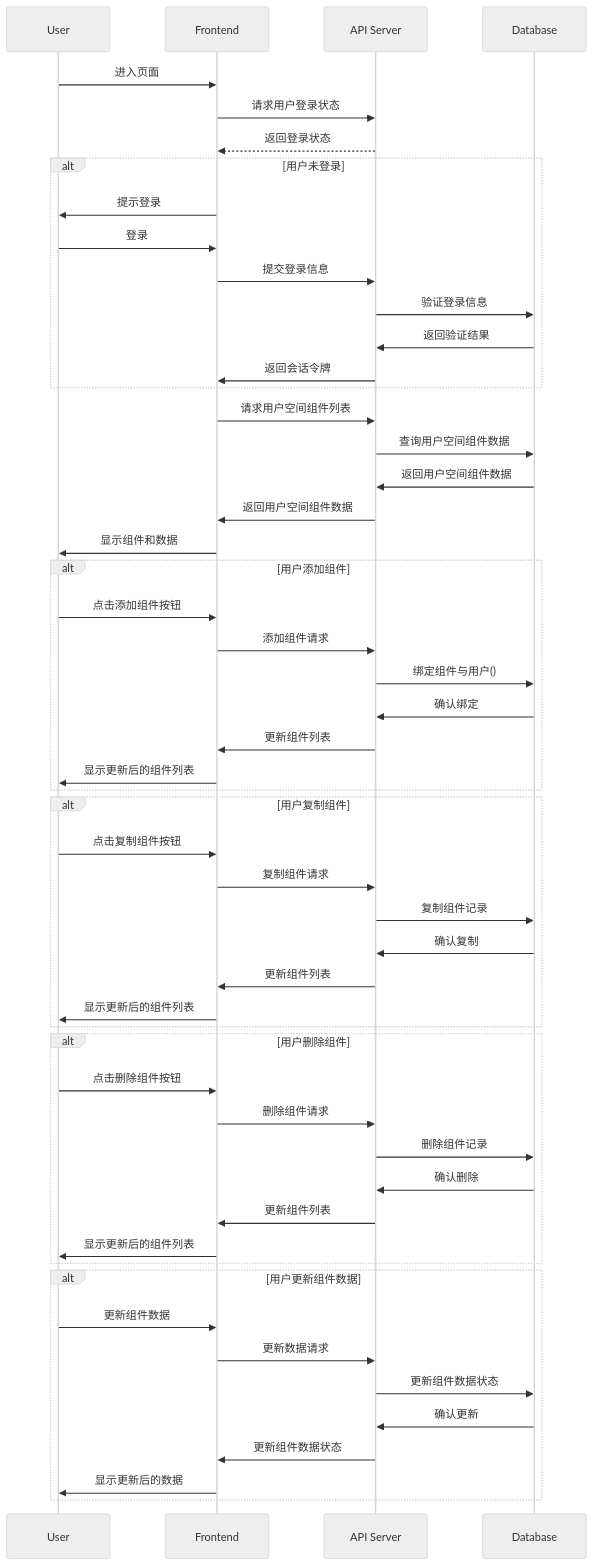
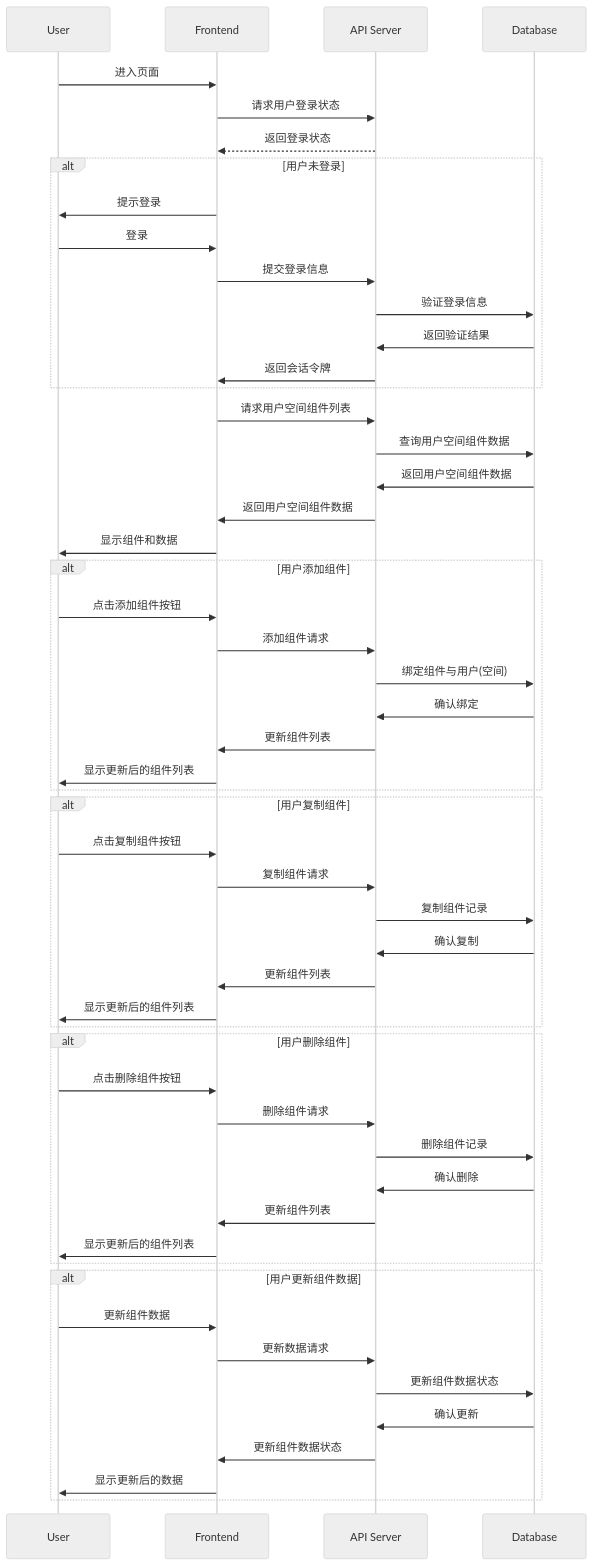
Before and after one commit to yingjianzh/iodraw-files: the diagram in all/未命名-7.md, drawn with Mermaid (neutral theme).

Commit message:
2024-10-09 10:22:15 update

````diff
--- a/all/未命名-7.md
+++ b/all/未命名-7.md
@@ -1,62 +1,62 @@
 ```mermaid
 sequenceDiagram
     participant User
     participant Frontend
     participant API Server
     participant Database
 
     User->>Frontend: 进入页面
     Frontend->>API Server: 请求用户登录状态
     API Server-->>Frontend: 返回登录状态
     alt 用户未登录
         Frontend->>User: 提示登录
         User->>Frontend: 登录
         Frontend->>API Server: 提交登录信息
         API Server->>Database: 验证登录信息
         Database->>API Server: 返回验证结果
         API Server->>Frontend: 返回会话令牌
     end
 
     Frontend->>API Server: 请求用户空间组件列表
     API Server->>Database: 查询用户空间组件数据
     Database->>API Server: 返回用户空间组件数据
     API Server->>Frontend: 返回用户空间组件数据
     Frontend->>User: 显示组件和数据
 
     alt 用户添加组件
         User->>Frontend: 点击添加组件按钮
         Frontend->>API Server: 添加组件请求
-        API Server->>Database: 绑定组件与用户()
+        API Server->>Database: 绑定组件与用户(空间)
         Database->>API Server: 确认绑定
         API Server->>Frontend: 更新组件列表
         Frontend->>User: 显示更新后的组件列表
     end
 
     alt 用户复制组件
         User->>Frontend: 点击复制组件按钮
         Frontend->>API Server: 复制组件请求
         API Server->>Database: 复制组件记录
         Database->>API Server: 确认复制
         API Server->>Frontend: 更新组件列表
         Frontend->>User: 显示更新后的组件列表
     end
 
     alt 用户删除组件
         User->>Frontend: 点击删除组件按钮
         Frontend->>API Server: 删除组件请求
         API Server->>Database: 删除组件记录
         Database->>API Server: 确认删除
         API Server->>Frontend: 更新组件列表
         Frontend->>User: 显示更新后的组件列表
     end
 
     alt 用户更新组件数据
         User->>Frontend: 更新组件数据
         Frontend->>API Server: 更新数据请求
         API Server->>Database: 更新组件数据状态
         Database->>API Server: 确认更新
         API Server->>Frontend: 更新组件数据状态
         Frontend->>User: 显示更新后的数据
     end
 
 ```
````
